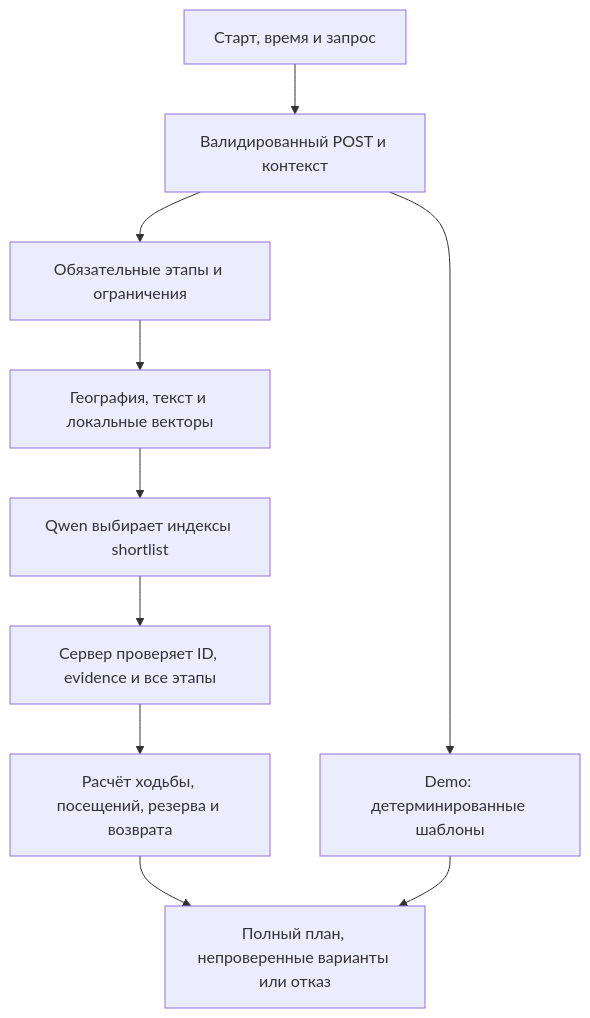
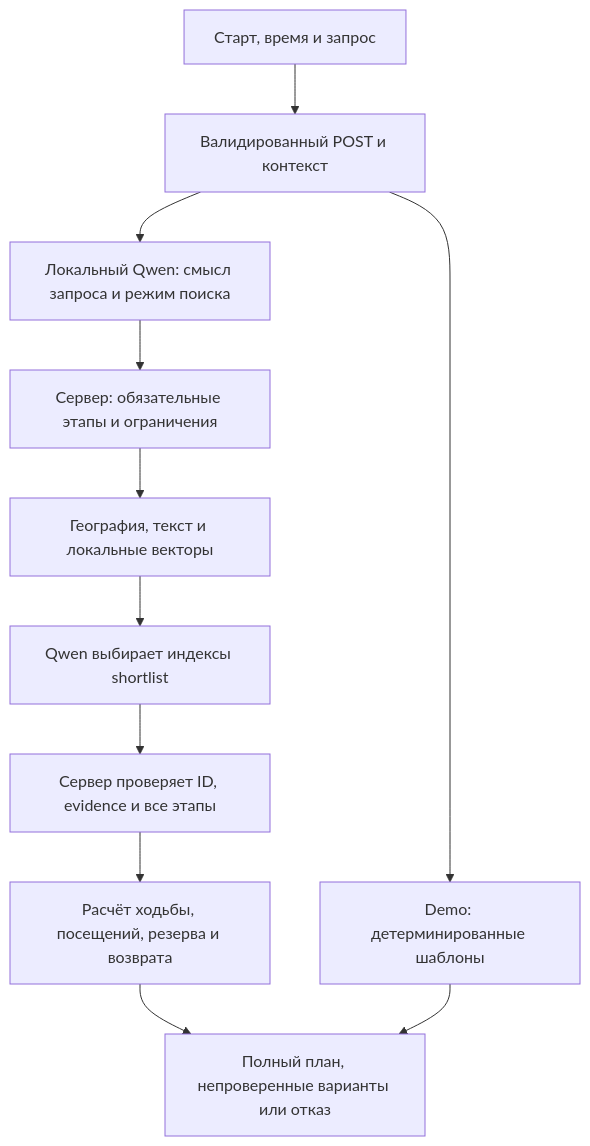
One commit to karimbeksultan/Spot changed the diagram in docs/architecture.md. Above: the diagram before and after it, drawn with Mermaid. The commit also changed other lines of this file and 22 other files, not shown here.

````diff
--- a/docs/architecture.md
+++ b/docs/architecture.md
@@ -5,12 +5,13 @@
 ```mermaid
 flowchart TD
   U[Старт, время и запрос] --> A[Валидированный POST и контекст]
-  A --> J[Обязательные этапы и ограничения]
+  A --> I[Локальный Qwen: смысл запроса и режим поиска]
+  I --> J[Сервер: обязательные этапы и ограничения]
   J --> R[География, текст и локальные векторы]
   R --> M[Qwen выбирает индексы shortlist]
   M --> V[Сервер проверяет ID, evidence и все этапы]
   V --> W[Расчёт ходьбы, посещений, резерва и возврата]
   W --> UI[Полный план, непроверенные варианты или отказ]
   A --> D[Demo: детерминированные шаблоны]
   D --> UI
 ```
````
